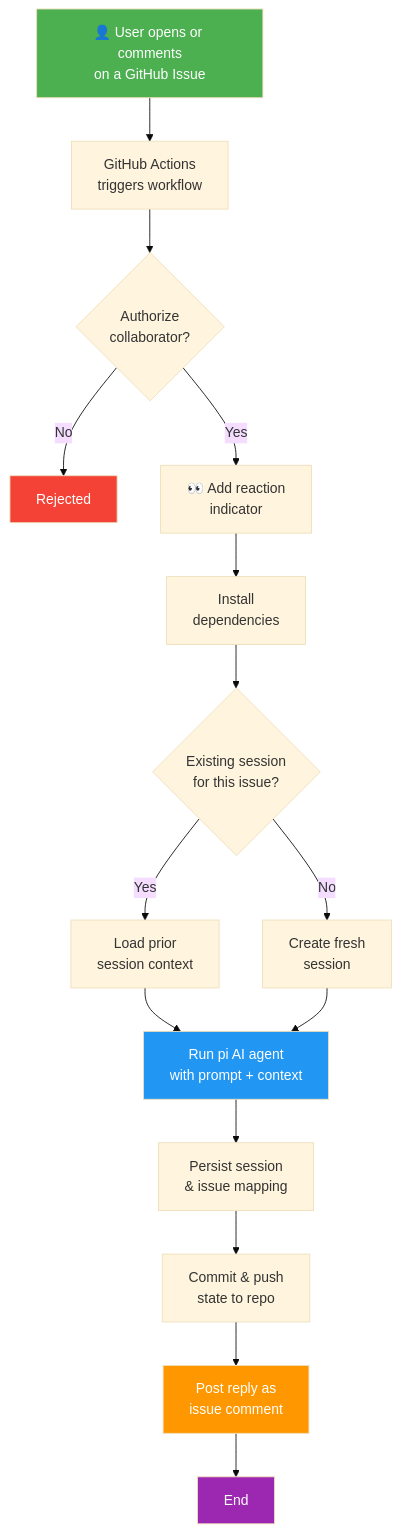
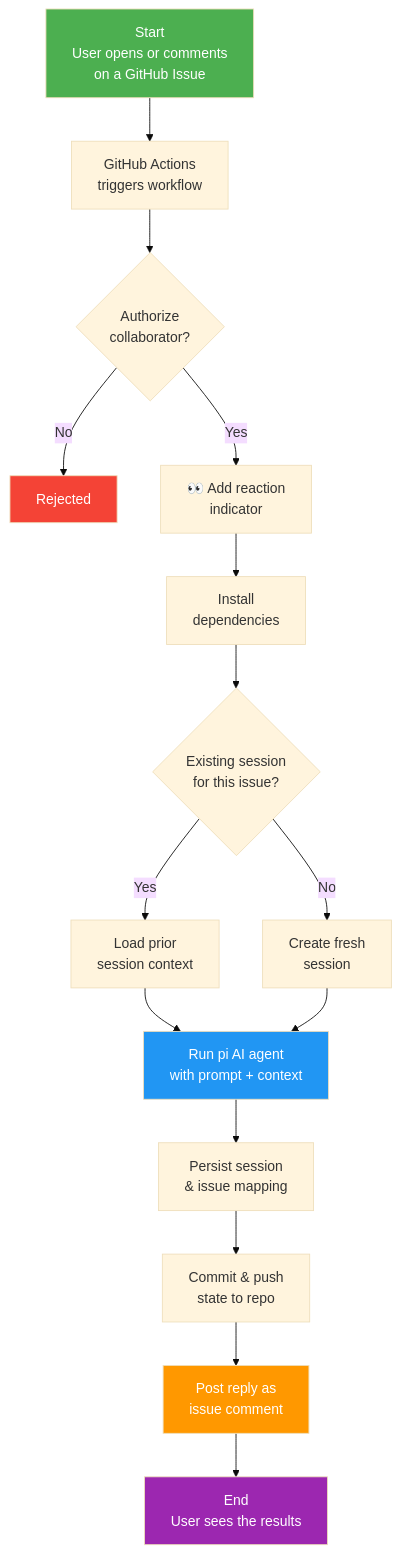
Before and after one commit to japer-technology/github-minimum-intelligence: the diagram in README.md, drawn with Mermaid (base theme).

````diff
--- a/README.md
+++ b/README.md
@@ -37,23 +37,23 @@
 ```mermaid
 flowchart TD
-    A["👤 User opens or comments<br/>on a GitHub Issue"] --> B["GitHub Actions<br/>triggers workflow"]
+    A["Start<br/>User opens or comments<br/>on a GitHub Issue"] --> B["GitHub Actions<br/>triggers workflow"]
     B --> C{"Authorize<br/>collaborator?"}
     C -- No --> D["Rejected"]
     C -- Yes --> E["👀 Add reaction<br/>indicator"]
     E --> F["Install<br/>dependencies"]
     F --> G{"Existing session<br/>for this issue?"}
     G -- Yes --> H["Load prior<br/>session context"]
     G -- No --> I["Create fresh<br/>session"]
     H --> J["Run pi AI agent<br/>with prompt + context"]
     I --> J
     J --> K["Persist session<br/>& issue mapping"]
     K --> L["Commit & push<br/>state to repo"]
     L --> M["Post reply as<br/>issue comment"]
-    M --> N["End"]
+    M --> N["End<br/>User sees the results"]
 
     style A fill:#4CAF50,color:#fff
     style J fill:#2196F3,color:#fff
     style M fill:#FF9800,color:#fff
     style D fill:#f44336,color:#fff
     style N fill:#9C27B0,color:#fff
 ```
````
